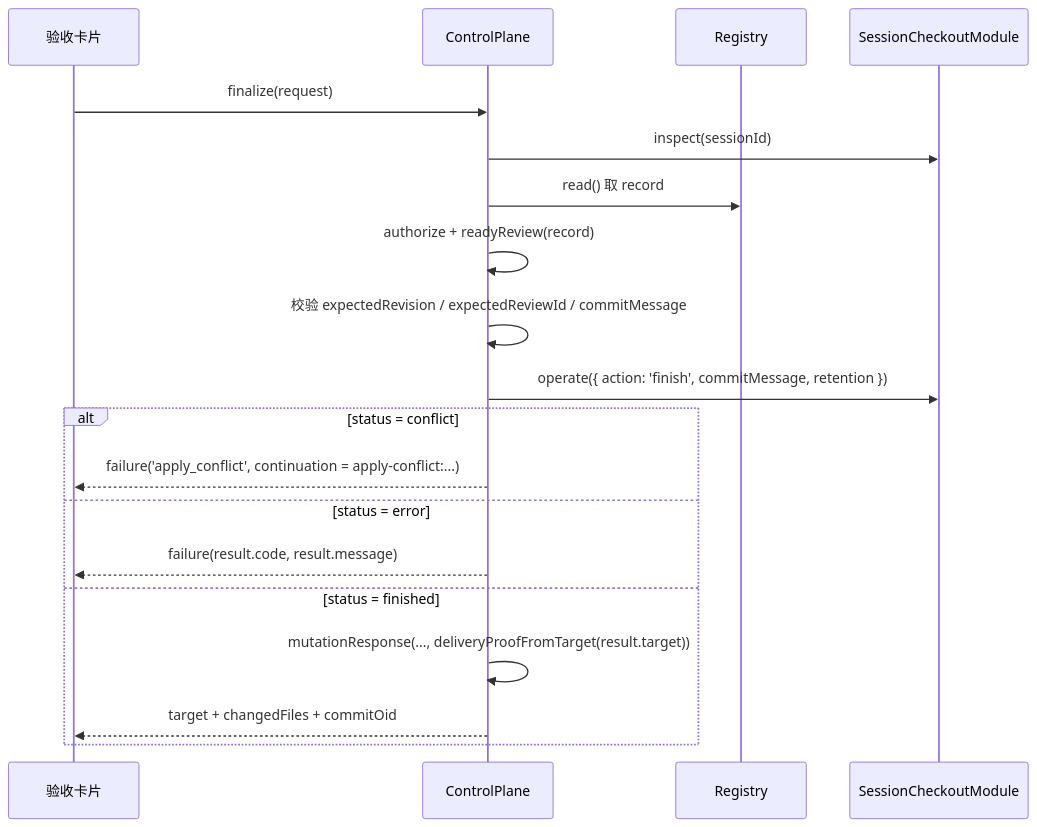
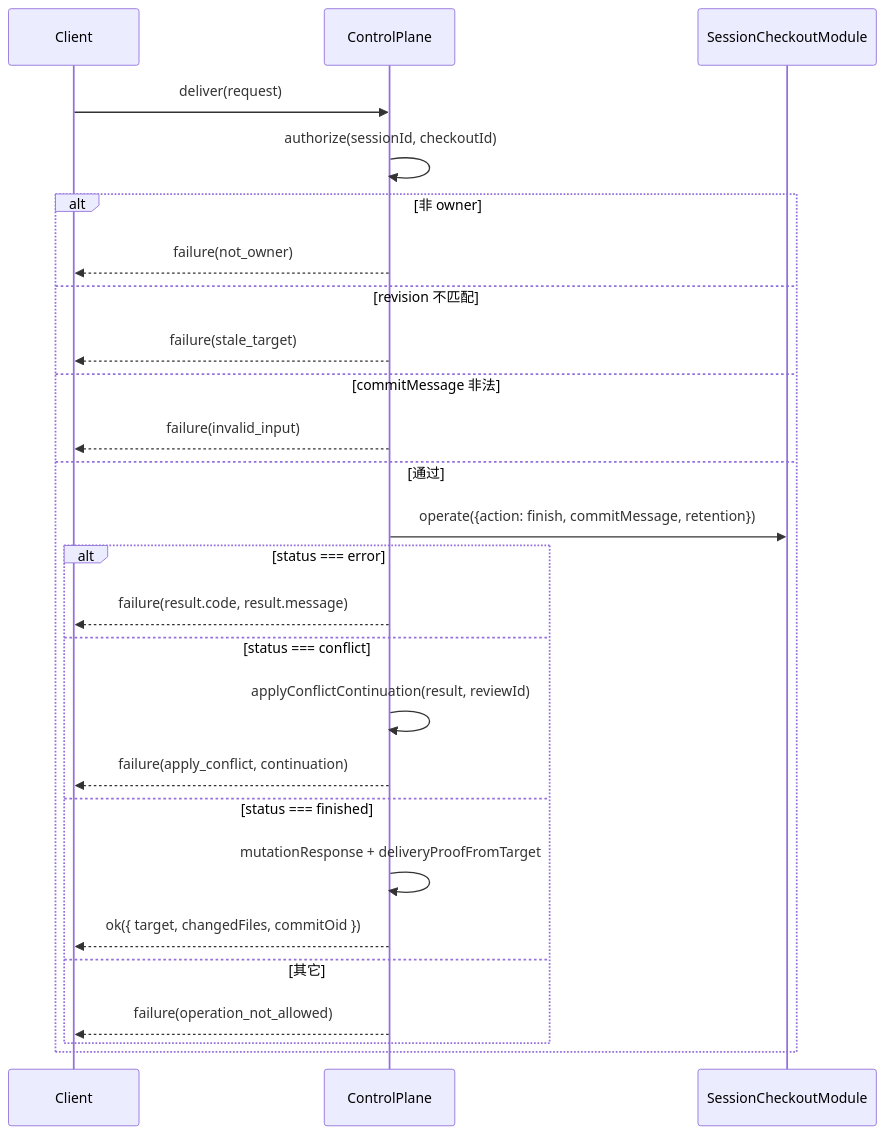
The sixth of 9 diagrams in .codewiki/modules/console-host-control-plane.md (ikliml666/dsh-git-workspace), drawn with Mermaid before and after one commit. The commit also changed other lines of this file and 117 other files, not shown here.

````diff
--- a/.codewiki/modules/console-host-control-plane.md
+++ b/.codewiki/modules/console-host-control-plane.md
@@ -448,21 +288,29 @@
 ```mermaid
 sequenceDiagram
-  participant UI as 验收卡片
-  participant CP as ControlPlane
-  participant Reg as Registry
-  participant Mod as SessionCheckoutModule
-  UI->>CP: finalize(request)
-  CP->>Mod: inspect(sessionId)
-  CP->>Reg: read() 取 record
-  CP->>CP: authorize + readyReview(record)
-  CP->>CP: 校验 expectedRevision / expectedReviewId / commitMessage
-  CP->>Mod: operate({ action: 'finish', commitMessage, retention })
-  alt status = conflict
-    CP-->>UI: failure('apply_conflict', continuation = apply-conflict:...)
-  else status = error
-    CP-->>UI: failure(result.code, result.message)
-  else status = finished
-    CP->>CP: mutationResponse(..., deliveryProofFromTarget(result.target))
-    CP-->>UI: target + changedFiles + commitOid
+  participant C as Client
+  participant P as ControlPlane
+  participant M as SessionCheckoutModule
+
+  C->>P: deliver(request)
+  P->>P: authorize(sessionId, checkoutId)
+  alt 非 owner
+    P-->>C: failure(not_owner)
+  else revision 不匹配
+    P-->>C: failure(stale_target)
+  else commitMessage 非法
+    P-->>C: failure(invalid_input)
+  else 通过
+    P->>M: operate({action: finish, commitMessage, retention})
+    alt status === error
+      P-->>C: failure(result.code, result.message)
+    else status === conflict
+      P->>P: applyConflictContinuation(result, reviewId)
+      P-->>C: failure(apply_conflict, continuation)
+    else status === finished
+      P->>P: mutationResponse + deliveryProofFromTarget
+      P-->>C: ok({ target, changedFiles, commitOid })
+    else 其它
+      P-->>C: failure(operation_not_allowed)
+    end
   end
 ```
````
